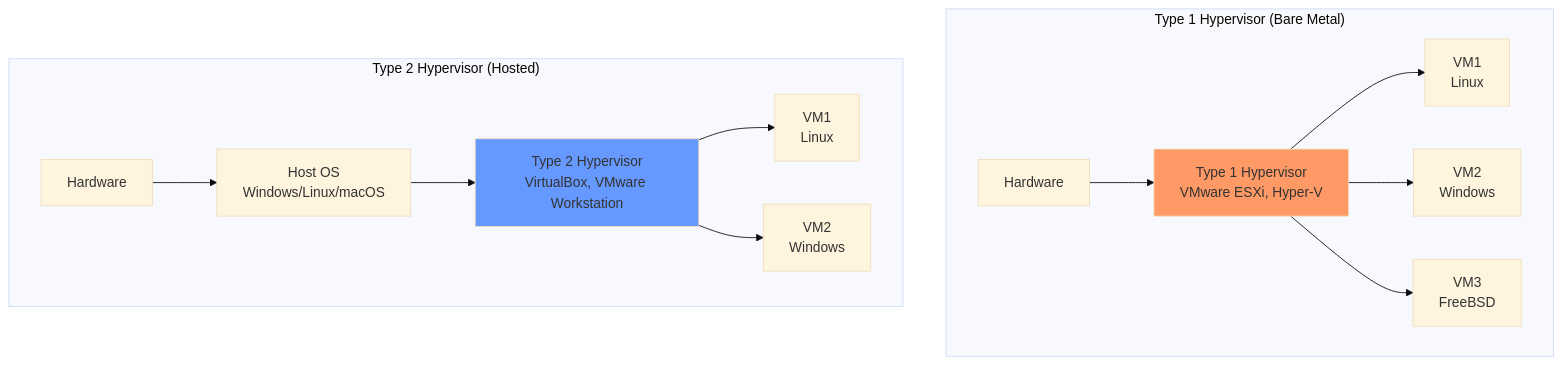
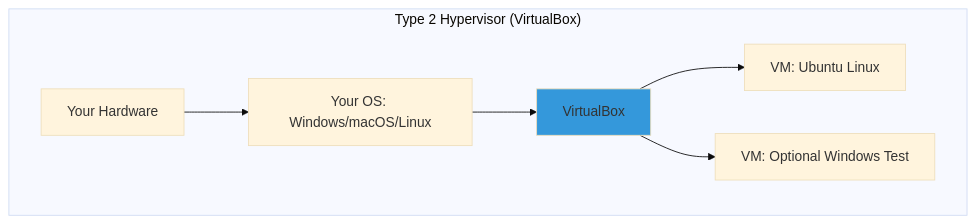
One commit to singhhitendra337/linux_the_final_boss changed the first of 2 diagrams in Day_02/notes_and_exercises.md. Above: the diagram before and after it, drawn with Mermaid (base theme). The commit also changed other lines of this file, not shown here.

````diff
--- a/Day_02/notes_and_exercises.md
+++ b/Day_02/notes_and_exercises.md
@@ -20,19 +54,10 @@
 ```mermaid
 graph TD
-    subgraph "Type 1 Hypervisor (Bare Metal)"
-        A[Hardware] --> B[Type 1 Hypervisor<br/>VMware ESXi, Hyper-V]
-        B --> C[VM1<br/>Linux]
-        B --> D[VM2<br/>Windows]
-        B --> E[VM3<br/>FreeBSD]
+    subgraph "Type 2 Hypervisor (VirtualBox)"
+        A[Your Hardware] --> B[Your OS: Windows/macOS/Linux]
+        B --> C[VirtualBox]
+        C --> D[VM: Ubuntu Linux]
+        C --> E[VM: Optional Windows Test]
     end
-    
-    subgraph "Type 2 Hypervisor (Hosted)"
-        F[Hardware] --> G[Host OS<br/>Windows/Linux/macOS]
-        G --> H[Type 2 Hypervisor<br/>VirtualBox, VMware Workstation]
-        H --> I[VM1<br/>Linux]
-        H --> J[VM2<br/>Windows]
-    end
-    
-    style B fill:#f96
-    style H fill:#69f
+    style C fill:#3498db
 ```
````
